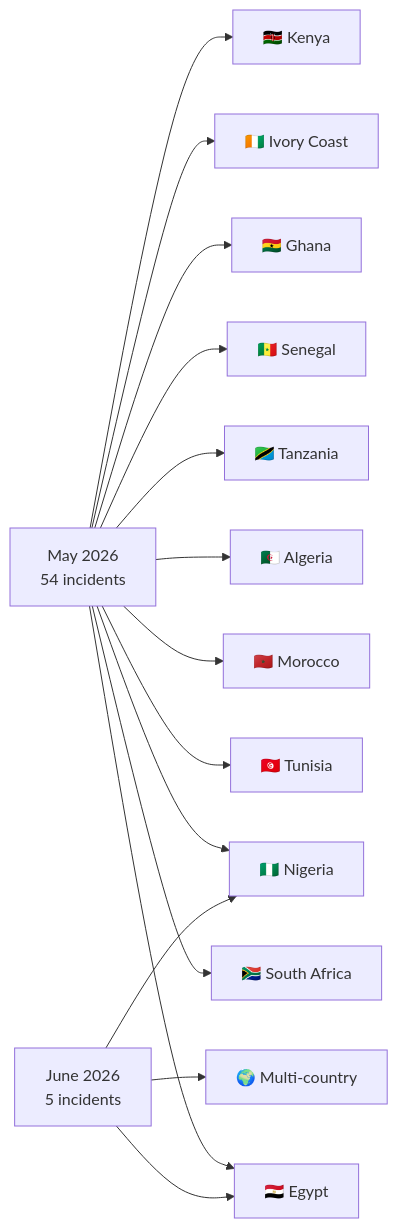
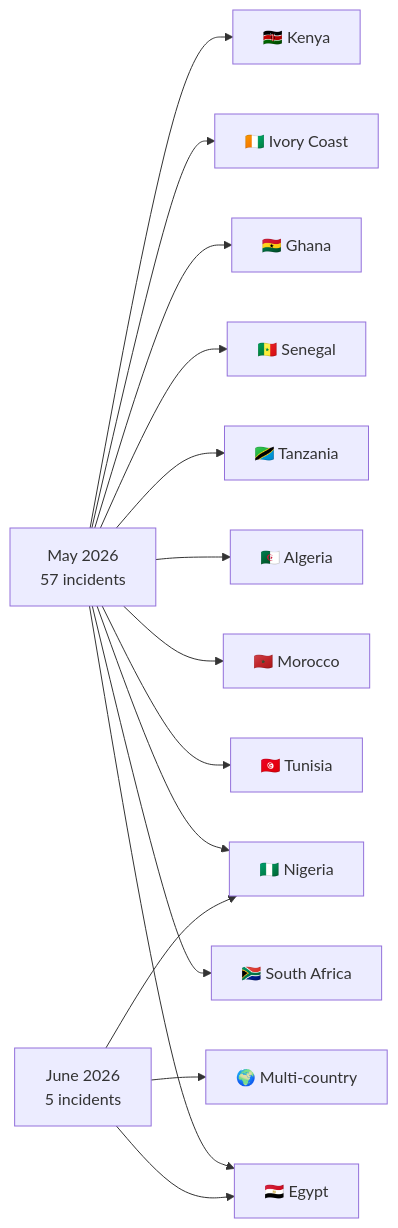
One commit to Hatchepsoute/AFRINTEL changed the fourth of 5 diagrams in comparison/2026/05-may-june/README.md. Above: the diagram before and after it, drawn with Mermaid. The commit also changed other lines of this file and 28 other files, not shown here.

````diff
--- a/comparison/2026/05-may-june/README.md
+++ b/comparison/2026/05-may-june/README.md
@@ -66,35 +66,35 @@
 ```mermaid
 flowchart LR
 
-MAY["May 2026\n54 incidents"]
+MAY["May 2026\n57 incidents"]
 JUN["June 2026\n5 incidents"]
 
 EG["🇪🇬 Egypt"]
 ZA["🇿🇦 South Africa"]
 MA["🇲🇦 Morocco"]
 TN["🇹🇳 Tunisia"]
 NG["🇳🇬 Nigeria"]
 DZ["🇩🇿 Algeria"]
 TZ["🇹🇿 Tanzania"]
 SN["🇸🇳 Senegal"]
 GH["🇬🇭 Ghana"]
 CI["🇨🇮 Ivory Coast"]
 KE["🇰🇪 Kenya"]
 MULTI["🌍 Multi-country"]
 
 MAY --> EG
 MAY --> ZA
 MAY --> TN
 MAY --> MA
 MAY --> NG
 MAY --> DZ
 MAY --> TZ
 MAY --> SN
 MAY --> GH
 MAY --> CI
 MAY --> KE
 
 JUN --> EG
 JUN --> NG
 JUN --> MULTI
 ```
````
